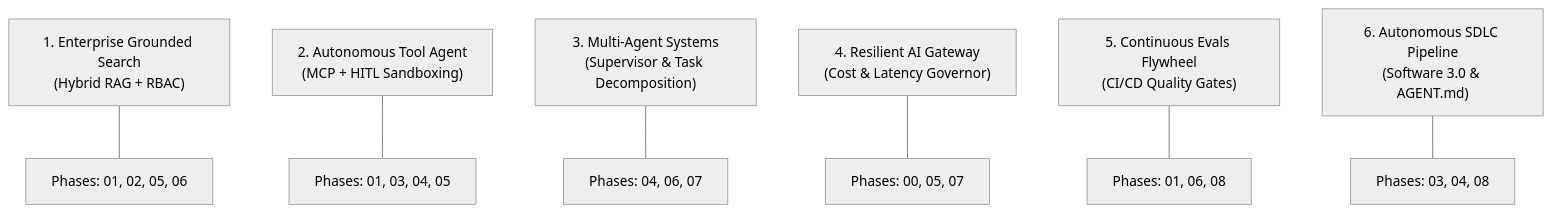
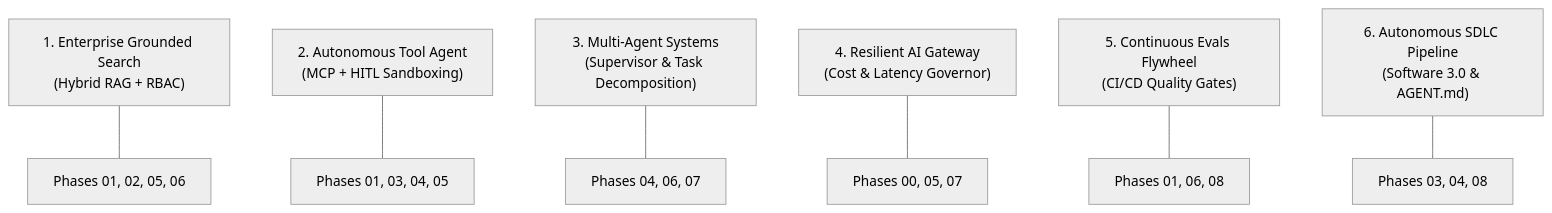
One commit to dip4k/senior-engineer-to-ai-engineer-roadmap changed the third of 4 diagrams in README.md. Above: the diagram before and after it, drawn with Mermaid (neutral theme). The commit also changed other lines of this file and 69 other files, not shown here.

First line of the commit message:
Add enterprise AI architectural use cases and detailed blueprints

````diff
--- a/README.md
+++ b/README.md
@@ -141,9 +123,9 @@
 ```mermaid
 flowchart TD
-    UC1["1. Enterprise Grounded Search<br>(Hybrid RAG + RBAC)"] --- P1["Phases: 01, 02, 05, 06"]
-    UC2["2. Autonomous Tool Agent<br>(MCP + HITL Sandboxing)"] --- P2["Phases: 01, 03, 04, 05"]
-    UC3["3. Multi-Agent Systems<br>(Supervisor & Task Decomposition)"] --- P3["Phases: 04, 06, 07"]
-    UC4["4. Resilient AI Gateway<br>(Cost & Latency Governor)"] --- P4["Phases: 00, 05, 07"]
-    UC5["5. Continuous Evals Flywheel<br>(CI/CD Quality Gates)"] --- P5["Phases: 01, 06, 08"]
-    UC6["6. Autonomous SDLC Pipeline<br>(Software 3.0 & AGENT.md)"] --- P6["Phases: 03, 04, 08"]
+    UC1["1. Enterprise Grounded Search<br>(Hybrid RAG + RBAC)"] --- P1["Phases 01, 02, 05, 06"]
+    UC2["2. Autonomous Tool Agent<br>(MCP + HITL Sandboxing)"] --- P2["Phases 01, 03, 04, 05"]
+    UC3["3. Multi-Agent Systems<br>(Supervisor & Task Decomposition)"] --- P3["Phases 04, 06, 07"]
+    UC4["4. Resilient AI Gateway<br>(Cost & Latency Governor)"] --- P4["Phases 00, 05, 07"]
+    UC5["5. Continuous Evals Flywheel<br>(CI/CD Quality Gates)"] --- P5["Phases 01, 06, 08"]
+    UC6["6. Autonomous SDLC Pipeline<br>(Software 3.0 & AGENT.md)"] --- P6["Phases 03, 04, 08"]
 ```
````
